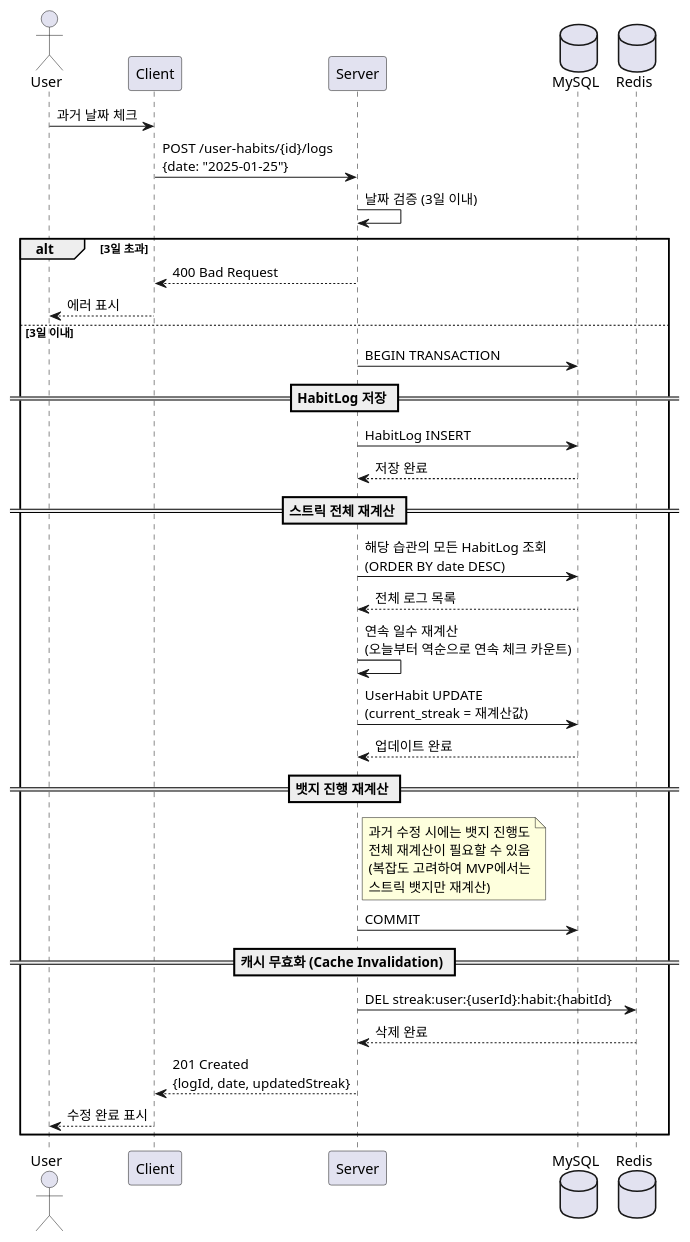
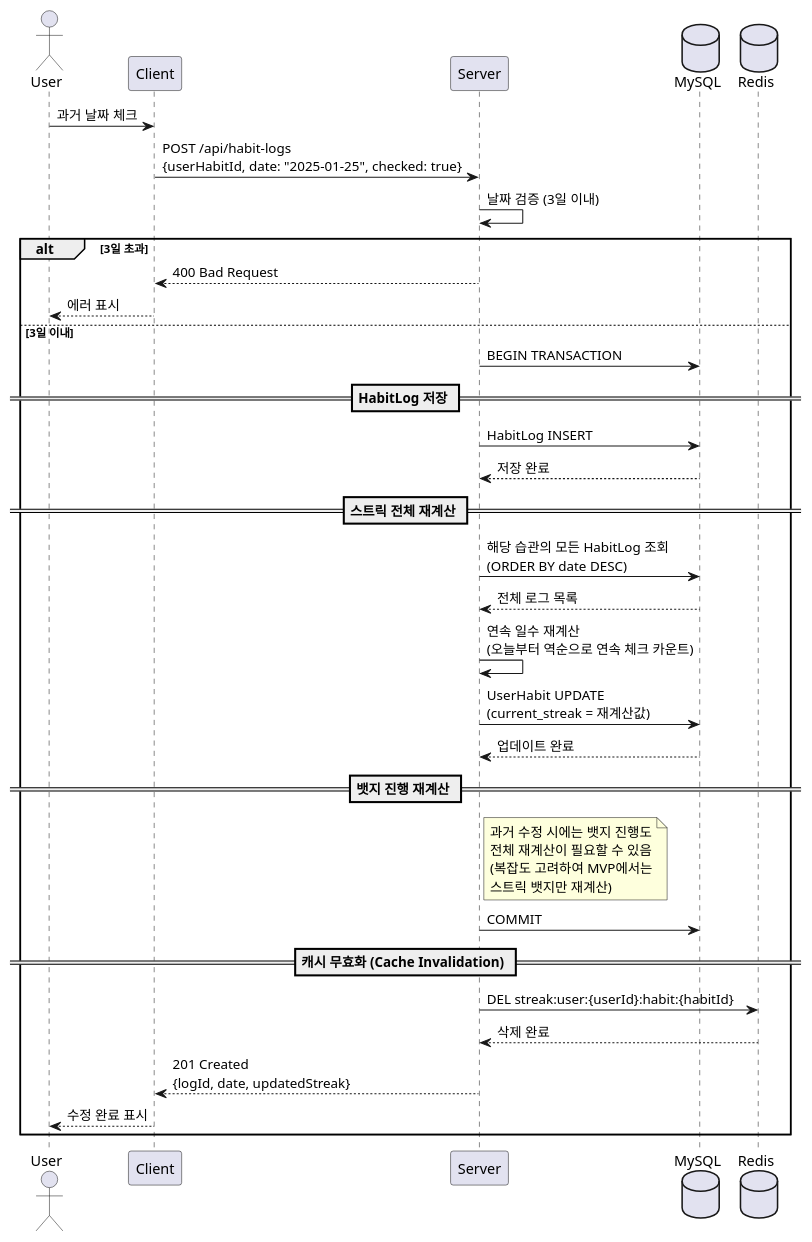
Before and after one commit to daily-one-page/daily-one-page-backend: diagram 15 of 29 in docs/sequence-diagram.md, drawn with PlantUML. The commit also changed other lines of this file and 38 other files, not shown here.

First line of the commit message:
docs: Sync API spec, ERD, Sequence Diagram and add Postman Collection

````diff
--- a/docs/sequence-diagram.md
+++ b/docs/sequence-diagram.md
@@ -532,51 +532,51 @@
 ```plantuml
 @startuml 과거 습관 수정
 actor User
 participant Client
 participant Server
 database MySQL
 database Redis
 
 User -> Client: 과거 날짜 체크
-Client -> Server: POST /user-habits/{id}/logs\n{date: "2025-01-25"}
+Client -> Server: POST /api/habit-logs\n{userHabitId, date: "2025-01-25", checked: true}
 Server -> Server: 날짜 검증 (3일 이내)
 
 alt 3일 초과
     Server --> Client: 400 Bad Request
     Client --> User: 에러 표시
 else 3일 이내
     Server -> MySQL: BEGIN TRANSACTION
     
     == HabitLog 저장 ==
     Server -> MySQL: HabitLog INSERT
     MySQL --> Server: 저장 완료
     
     == 스트릭 전체 재계산 ==
     Server -> MySQL: 해당 습관의 모든 HabitLog 조회\n(ORDER BY date DESC)
     MySQL --> Server: 전체 로그 목록
     
     Server -> Server: 연속 일수 재계산\n(오늘부터 역순으로 연속 체크 카운트)
     
     Server -> MySQL: UserHabit UPDATE\n(current_streak = 재계산값)
     MySQL --> Server: 업데이트 완료
     
     == 뱃지 진행 재계산 ==
     note right of Server
       과거 수정 시에는 뱃지 진행도
       전체 재계산이 필요할 수 있음
       (복잡도 고려하여 MVP에서는
       스트릭 뱃지만 재계산)
     end note
     
     Server -> MySQL: COMMIT
     
     == 캐시 무효화 (Cache Invalidation) ==
     Server -> Redis: DEL streak:user:{userId}:habit:{habitId}
     Redis --> Server: 삭제 완료
     
     Server --> Client: 201 Created\n{logId, date, updatedStreak}
     Client --> User: 수정 완료 표시
 end
 
 @enduml
 ```
````
